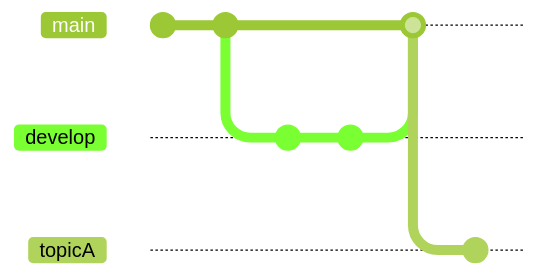
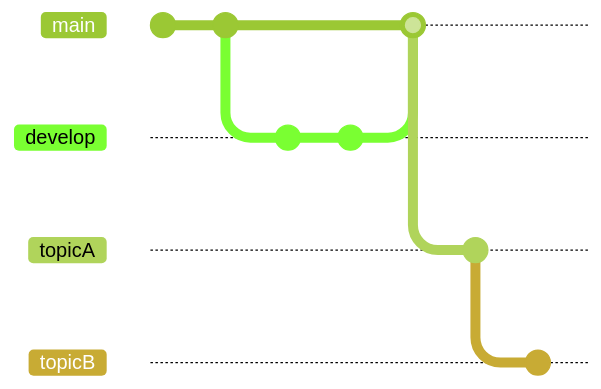
One commit to urotansh/git-practice changed the diagram in readme-git.md. Above: the diagram before and after it, drawn with Mermaid (forest theme). Commit ids are hidden.

Commit message:
branch topicB

````diff
--- a/readme-git.md
+++ b/readme-git.md
@@ -1,14 +1,16 @@
 ```mermaid
 gitGraph
   commit
   commit
   branch develop
   checkout develop
   commit
   commit
   checkout main
   merge develop
   branch topicA
   checkout topicA
   commit
+  branch topicB
+  commit
 ```
````
